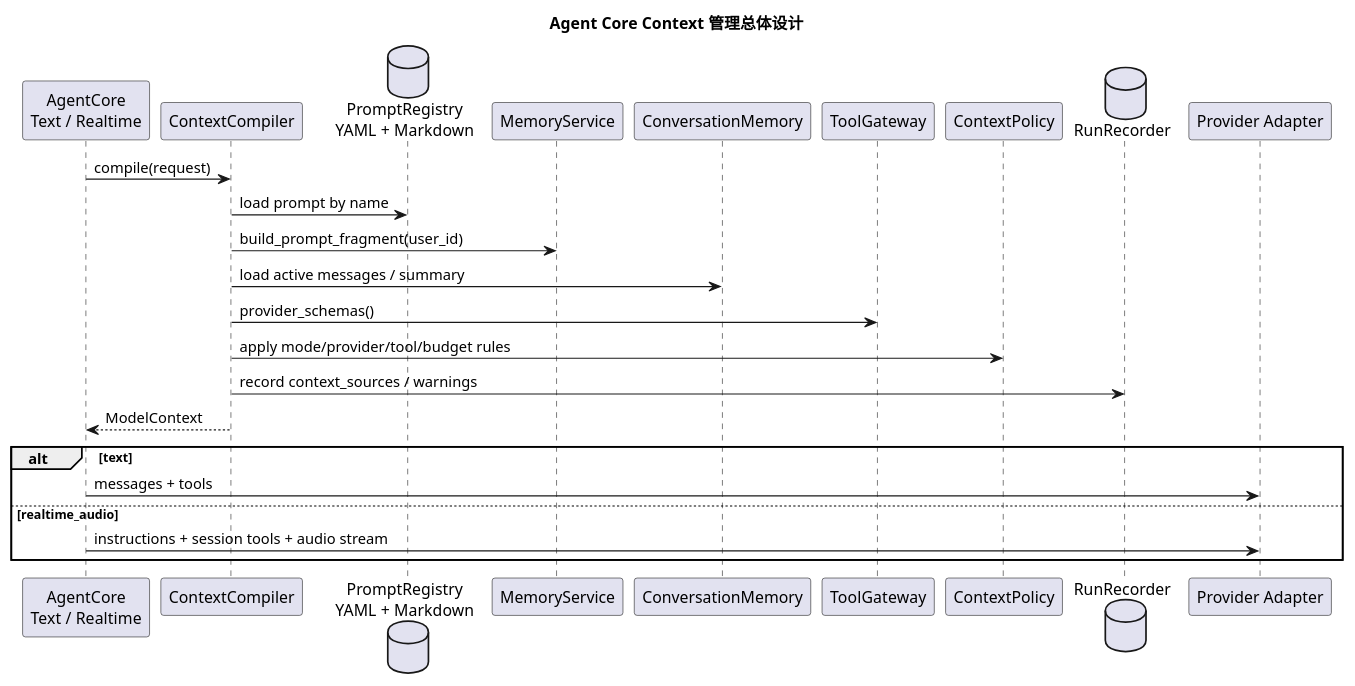
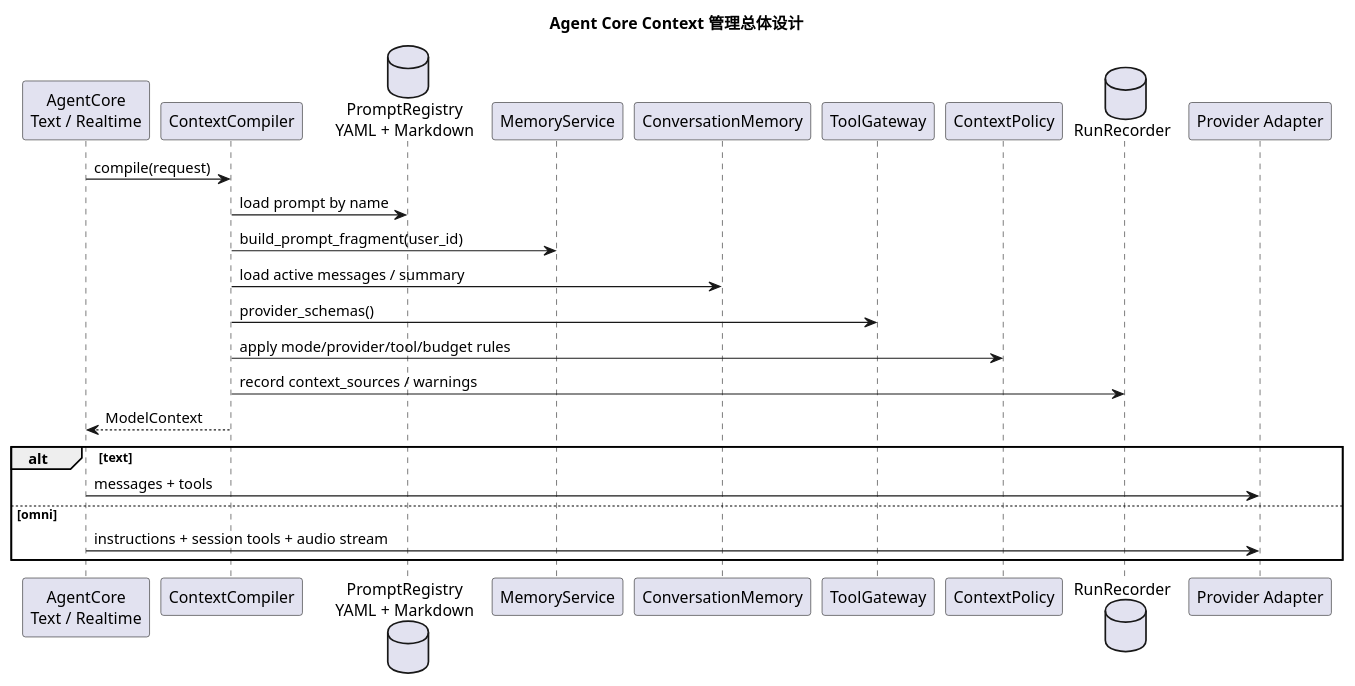
One commit to HengeLiu/RealtimeAgent changed the diagram in audio-server/docs/internal/agent-core-context-management-design.md. Above: the diagram before and after it, drawn with PlantUML. The commit also changed other lines of this file and 488 other files, not shown here.

````diff
--- a/audio-server/docs/internal/agent-core-context-management-design.md
+++ b/audio-server/docs/internal/agent-core-context-management-design.md
@@ -54,30 +54,30 @@
 ```plantuml
 @startuml
 title Agent Core Context 管理总体设计
 
 participant "AgentCore\nText / Realtime" as Core
 participant "ContextCompiler" as Compiler
 database "PromptRegistry\nYAML + Markdown" as Registry
 participant "MemoryService" as Memory
 participant "ConversationMemory" as Conversation
 participant "ToolGateway" as Tools
 participant "ContextPolicy" as Policy
 database "RunRecorder" as Recorder
 participant "Provider Adapter" as Provider
 
 Core -> Compiler : compile(request)
 Compiler -> Registry : load prompt by name
 Compiler -> Memory : build_prompt_fragment(user_id)
 Compiler -> Conversation : load active messages / summary
 Compiler -> Tools : provider_schemas()
 Compiler -> Policy : apply mode/provider/tool/budget rules
 Compiler -> Recorder : record context_sources / warnings
 Compiler --> Core : ModelContext
 
 alt text
   Core -> Provider : messages + tools
-else realtime_audio
+else omni
   Core -> Provider : instructions + session tools + audio stream
 end
 @enduml
 ```
````
